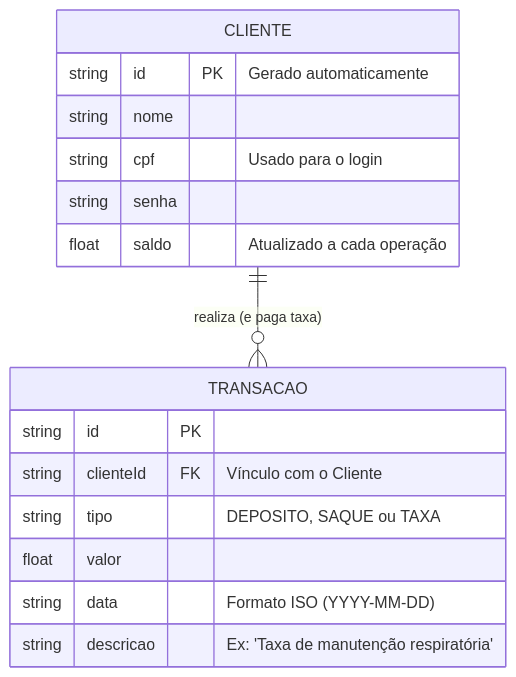
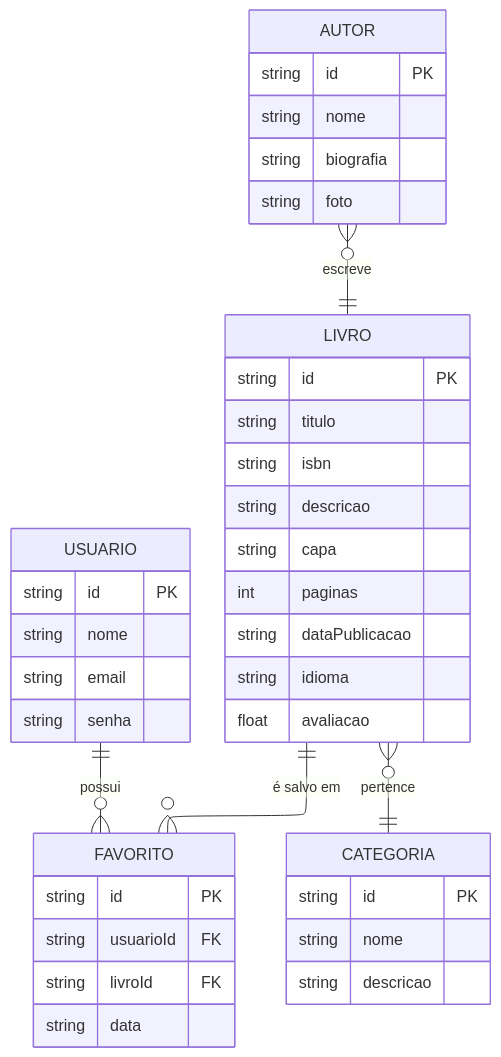
One commit to FoolishOrange/letterbooked changed the diagram in docs/architecture.md. Above: the diagram before and after it, drawn with Mermaid.

````diff
--- a/docs/architecture.md
+++ b/docs/architecture.md
@@ -9,19 +9,51 @@
 ```mermaid
+---
+config:
+  layout: elk
+---
 erDiagram
-CLIENTE ||--o{ TRANSACAO : "realiza (e paga taxa)"
-CLIENTE {
-string id PK "Gerado automaticamente"
-string nome
-string cpf "Usado para o login"
-string senha
-float saldo "Atualizado a cada operação"
-}
-TRANSACAO {
-string id PK
-string clienteId FK "Vínculo com o Cliente"
-string tipo "DEPOSITO, SAQUE ou TAXA"
-float valor
-string data "Formato ISO (YYYY-MM-DD)"
-string descricao "Ex: 'Taxa de manutenção respiratória'"
-}
+	direction TB
+	USUARIO {
+		string id PK ""  
+		string nome  ""  
+		string email  ""  
+		string senha  ""  
+	}
+
+	FAVORITO {
+		string id PK ""  
+		string usuarioId FK ""  
+		string livroId FK ""  
+		string data  ""  
+	}
+
+	AUTOR {
+		string id PK ""  
+		string nome  ""  
+		string biografia  ""  
+		string foto  ""  
+	}
+
+	CATEGORIA {
+		string id PK ""  
+		string nome  ""  
+		string descricao  ""  
+	}
+
+	LIVRO {
+		string id PK ""  
+		string titulo  ""  
+		string isbn  ""  
+		string descricao  ""  
+		string capa  ""  
+		int paginas  ""  
+		string dataPublicacao  ""  
+		string idioma  ""  
+		float avaliacao  ""  
+	}
+
+	USUARIO||--o{FAVORITO:"possui"
+	LIVRO||--o{FAVORITO:"é salvo em"
+	AUTOR}o--||LIVRO:"escreve"
+	LIVRO}o--||CATEGORIA:"pertence"
 ```
````
